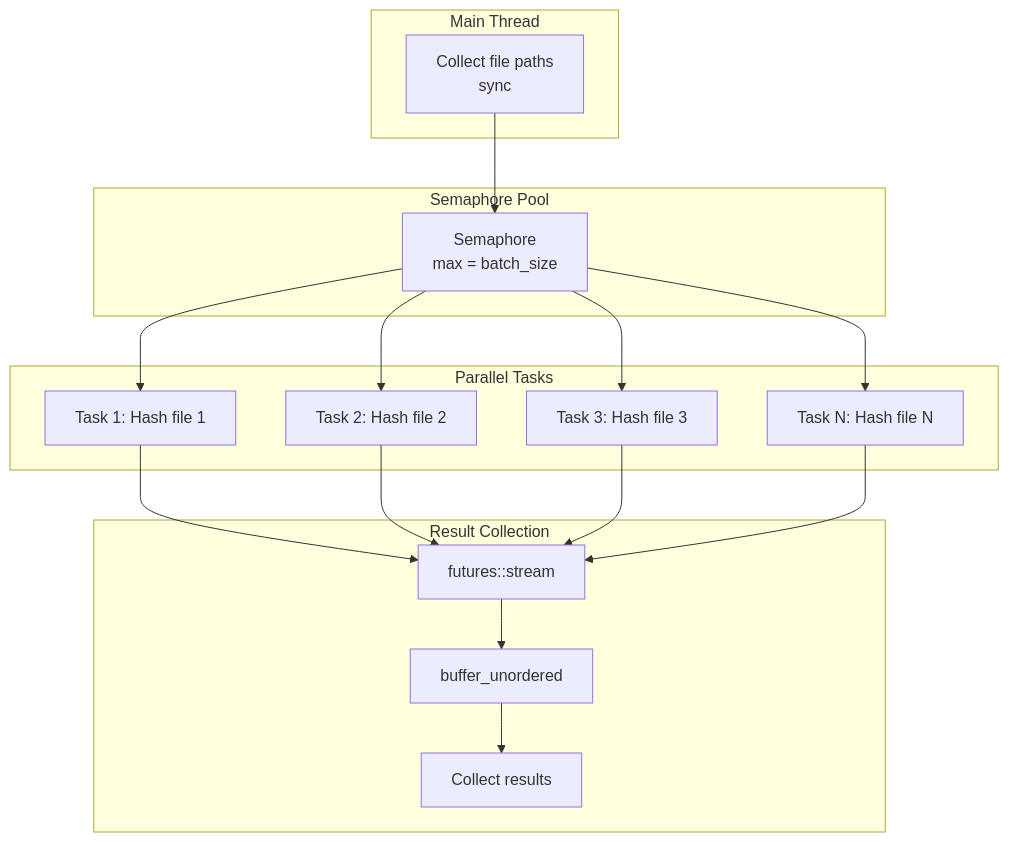
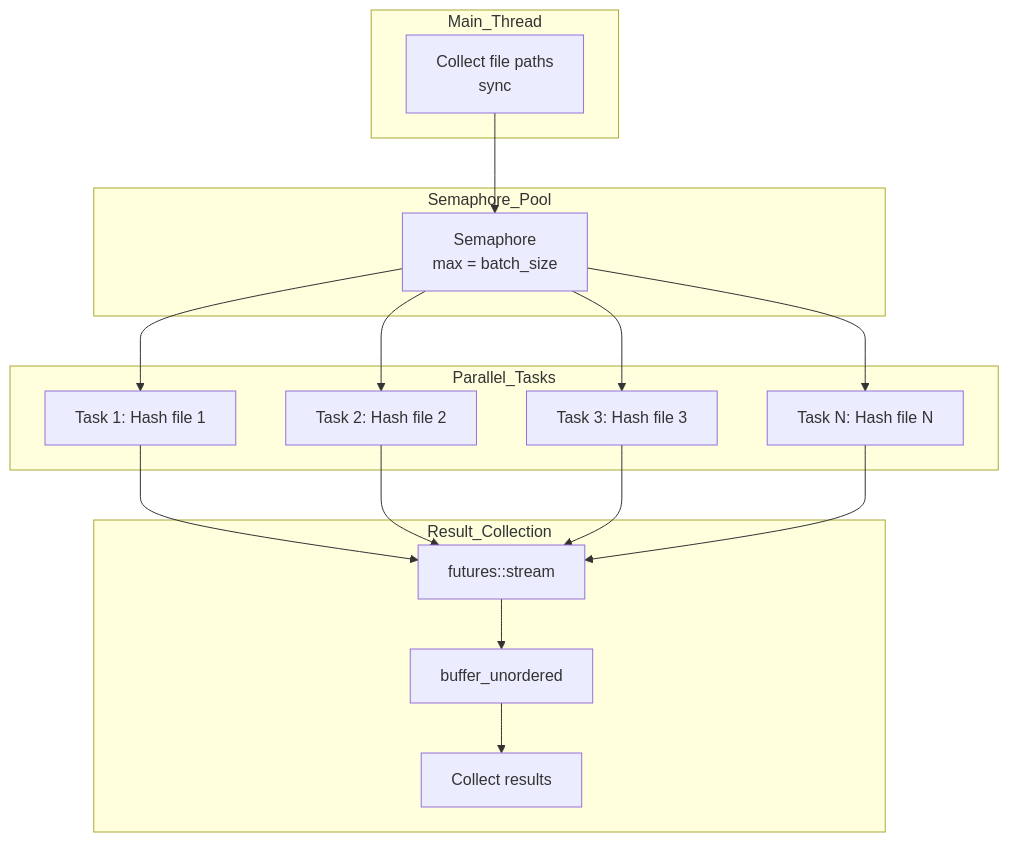
One commit to Lighty-Launcher/LightyUpdater changed the fifth of 8 diagrams in crates/scanner/docs/architecture.md. Above: the diagram before and after it, drawn with Mermaid. The commit also changed other lines of this file and 31 other files, not shown here.

Commit message:
edit mermaid in docs

````diff
--- a/crates/scanner/docs/architecture.md
+++ b/crates/scanner/docs/architecture.md
@@ -288,37 +288,37 @@
 ```mermaid
 graph TB
-    subgraph "Main Thread"
+    subgraph Main_Thread
         Collect[Collect file paths<br/>sync]
     end
 
-    subgraph "Semaphore Pool"
+    subgraph Semaphore_Pool
         Sem[Semaphore<br/>max = batch_size]
     end
 
-    subgraph "Parallel Tasks"
+    subgraph Parallel_Tasks
         T1[Task 1: Hash file 1]
         T2[Task 2: Hash file 2]
         T3[Task 3: Hash file 3]
         Tn[Task N: Hash file N]
     end
 
-    subgraph "Result Collection"
+    subgraph Result_Collection
         Stream[futures::stream]
         Buffer[buffer_unordered]
         Collect2[Collect results]
     end
 
     Collect --> Sem
     Sem --> T1
     Sem --> T2
     Sem --> T3
     Sem --> Tn
 
     T1 --> Stream
     T2 --> Stream
     T3 --> Stream
     Tn --> Stream
 
     Stream --> Buffer
     Buffer --> Collect2
 ```
````
